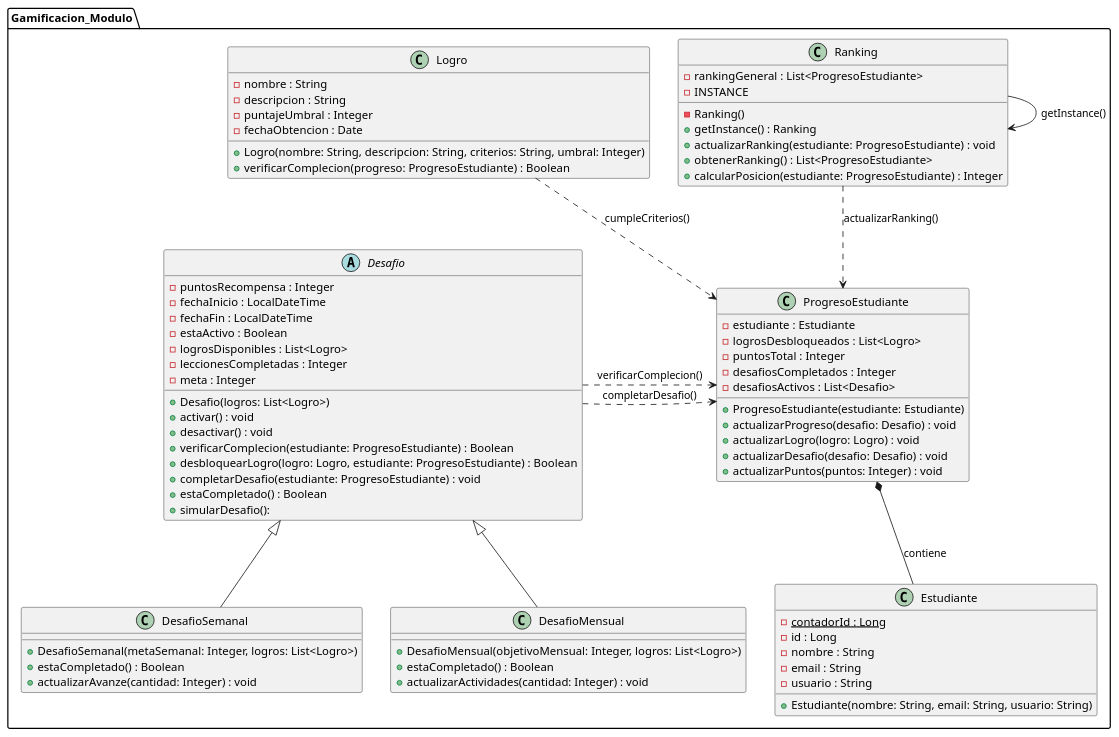
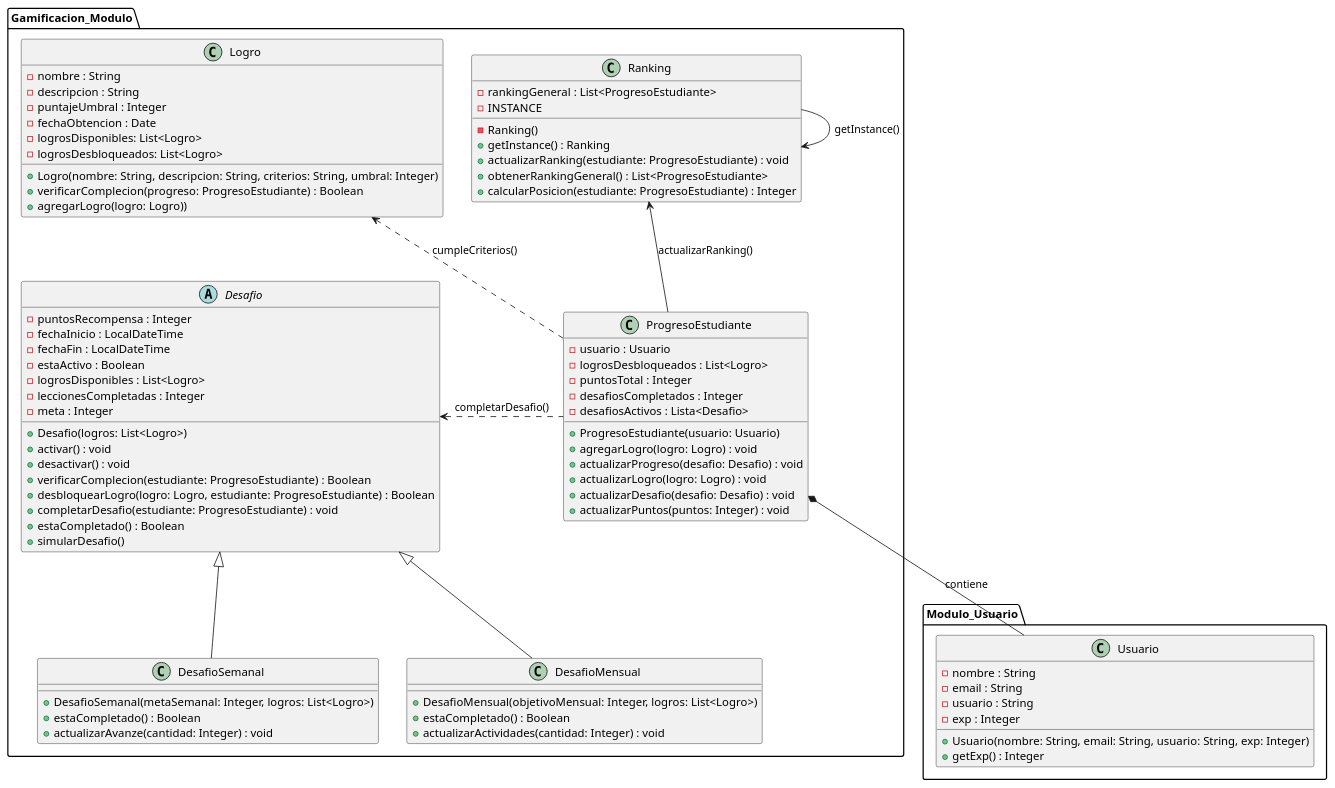
Before and after one commit to JuanMateoQ/HelloCode_Software: the diagram in src/main/java/Gamificacion_Modulo/Gamificación_Diagrama/DiagramaClasesGamificacion.puml, drawn with PlantUML. The commit also changed 218 other files, not shown here.

```diff
--- a/src/main/java/Gamificacion_Modulo/Gamificación_Diagrama/DiagramaClasesGamificacion.puml
+++ b/src/main/java/Gamificacion_Modulo/Gamificación_Diagrama/DiagramaClasesGamificacion.puml
@@ -1,101 +1,103 @@
 @startuml
+package Modulo_Usuario {
 
+    class Usuario {
+            - nombre : String
+            - email : String
+            - usuario : String
+            - exp : Integer
+            + Usuario(nombre: String, email: String, usuario: String, exp: Integer)
+            + getExp() : Integer
+        }
+
+}
 
 package "Gamificacion_Modulo" {
-
-    class Estudiante {
-        - {static} contadorId : Long
-        - id : Long
-        - nombre : String
-        - email : String
-        - usuario : String
-
-        + Estudiante(nombre: String, email: String, usuario: String)
-
-    }
 
     class Logro {
         - nombre : String
         - descripcion : String
         - puntajeUmbral : Integer
         - fechaObtencion : Date
-
+        - logrosDisponibles: List<Logro>
+        - logrosDesbloqueados: List<Logro>
         + Logro(nombre: String, descripcion: String, criterios: String, umbral: Integer)
         + verificarComplecion(progreso: ProgresoEstudiante) : Boolean
+        'Hablar de agregarLogro
+        +agregarLogro(logro: Logro))
     }
 
     abstract class Desafio {
         - puntosRecompensa : Integer
         - fechaInicio : LocalDateTime
         - fechaFin : LocalDateTime
         - estaActivo : Boolean
         - logrosDisponibles : List<Logro>
         - leccionesCompletadas : Integer
         - meta : Integer
         'Cual es la diferencia entre verificarComplecion y estaCompletado?
         + Desafio(logros: List<Logro>)
         + activar() : void
         + desactivar() : void
         + verificarComplecion(estudiante: ProgresoEstudiante) : Boolean
         + desbloquearLogro(logro: Logro, estudiante: ProgresoEstudiante) : Boolean
         + completarDesafio(estudiante: ProgresoEstudiante) : void
         + estaCompletado() : Boolean
-        + simularDesafio():
+        + simularDesafio()
     }
 
     class DesafioSemanal {
 
         + DesafioSemanal(metaSemanal: Integer, logros: List<Logro>)
         + estaCompletado() : Boolean
         + actualizarAvanze(cantidad: Integer) : void
     }
 
     class DesafioMensual {
 
         + DesafioMensual(objetivoMensual: Integer, logros: List<Logro>)
         + estaCompletado() : Boolean
         + actualizarActividades(cantidad: Integer) : void
     }
 
     class ProgresoEstudiante {
-        - estudiante : Estudiante
+        - usuario : Usuario
         - logrosDesbloqueados : List<Logro>
         - puntosTotal : Integer
         - desafiosCompletados : Integer
-        - desafiosActivos : List<Desafio>
+        - desafiosActivos : Lista<Desafio>
 
-        + ProgresoEstudiante(estudiante: Estudiante)
+        + ProgresoEstudiante(usuario: Usuario)
+        + agregarLogro(logro: Logro) : void
         + actualizarProgreso(desafio: Desafio) : void
         + actualizarLogro(logro: Logro) : void
         + actualizarDesafio(desafio: Desafio) : void
         + actualizarPuntos(puntos: Integer) : void
     }
 
     class Ranking {
         - rankingGeneral : List<ProgresoEstudiante>
         -INSTANCE
-
         - Ranking()
         + getInstance() : Ranking
         + actualizarRanking(estudiante: ProgresoEstudiante) : void
-        + obtenerRanking() : List<ProgresoEstudiante>
+        + obtenerRankingGeneral() : List<ProgresoEstudiante>
         + calcularPosicion(estudiante: ProgresoEstudiante) : Integer
     }
     Ranking ->Ranking: getInstance()
     ' Relaciones de Herencia
     Desafio <|-- DesafioSemanal
     Desafio <|-- DesafioMensual
 
     ' Relaciones de Composición
-    ProgresoEstudiante *-- Estudiante : "contiene"
+    ProgresoEstudiante *-- Usuario : "contiene"
 
 
     ' Relaciones de Dependencia
-    Logro ..> ProgresoEstudiante : "cumpleCriterios()"
-    Desafio .> ProgresoEstudiante : "verificarComplecion()"
-    Desafio .> ProgresoEstudiante : "completarDesafio()"
-    Ranking ..> ProgresoEstudiante : "actualizarRanking()"
+    Logro <.. ProgresoEstudiante : "cumpleCriterios()"
+    Desafio <. ProgresoEstudiante : "completarDesafio()"
+    Ranking <-- ProgresoEstudiante : "actualizarRanking()"
 
 }
 
 @enduml
```
